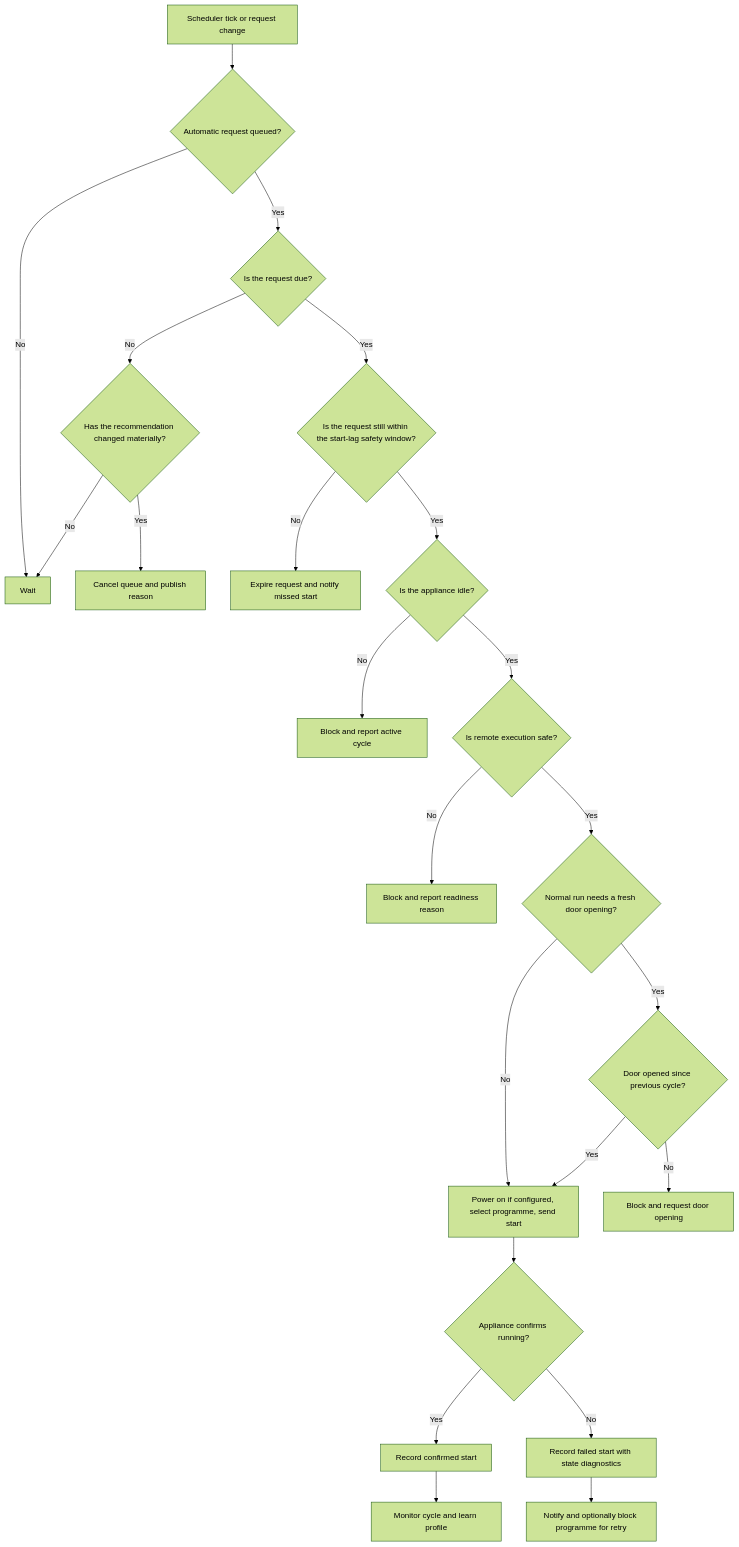
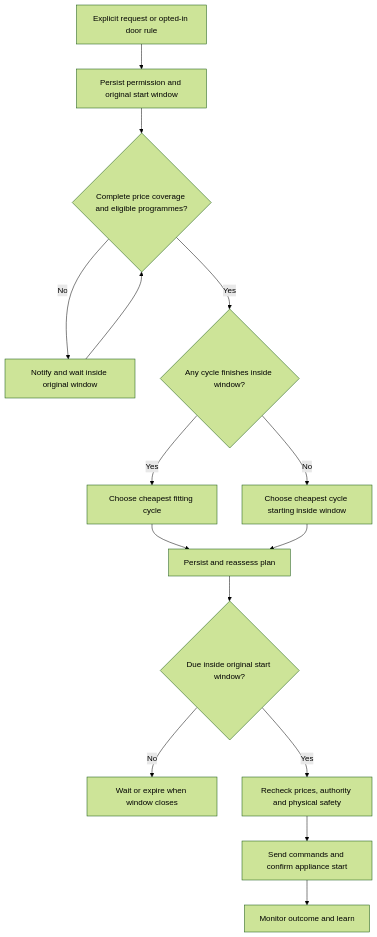
The second of 2 diagrams in docs/high-level-architecture.md (stevesherry123/load-optimizer-home-assistant), drawn with Mermaid (forest theme) before and after one commit. The commit also changed other lines of this file and 17 other files, not shown here.

Commit message:
Persist bounded overnight wash requests and add configurable window controls

```diff
--- a/docs/high-level-architecture.md
+++ b/docs/high-level-architecture.md
@@ -50,25 +52,17 @@
 ~~~mermaid
 flowchart TD
-  T[Scheduler tick or request change] --> Q{Automatic request queued?}
-  Q -- No --> W[Wait]
-  Q -- Yes --> D{Is the request due?}
-  D -- No --> V{Has the recommendation changed materially?}
-  V -- Yes --> C[Cancel queue and publish reason]
-  V -- No --> W
-  D -- Yes --> S{Is the request still within the start-lag safety window?}
-  S -- No --> X[Expire request and notify missed start]
-  S -- Yes --> I{Is the appliance idle?}
-  I -- No --> B[Block and report active cycle]
-  I -- Yes --> R{Is remote execution safe?}
-  R -- No --> B2[Block and report readiness reason]
-  R -- Yes --> G{Normal run needs a fresh door opening?}
-  G -- No --> P[Power on if configured, select programme, send start]
-  G -- Yes --> H{Door opened since previous cycle?}
-  H -- No --> B3[Block and request door opening]
-  H -- Yes --> P
-  P --> K{Appliance confirms running?}
-  K -- Yes --> Y[Record confirmed start]
-  K -- No --> N[Record failed start with state diagnostics]
-  Y --> L[Monitor cycle and learn profile]
-  N --> Z[Notify and optionally block programme for retry]
+  R[Explicit request or opted-in door rule] --> P[Persist permission and original start window]
+  P --> T{Complete price coverage and eligible programmes?}
+  T -- No --> N[Notify and wait inside original window]
+  N --> T
+  T -- Yes --> F{Any cycle finishes inside window?}
+  F -- Yes --> C[Choose cheapest fitting cycle]
+  F -- No --> L[Choose cheapest cycle starting inside window]
+  C --> Q[Persist and reassess plan]
+  L --> Q
+  Q --> D{Due inside original start window?}
+  D -- No --> W[Wait or expire when window closes]
+  D -- Yes --> S[Recheck prices, authority and physical safety]
+  S --> X[Send commands and confirm appliance start]
+  X --> M[Monitor outcome and learn]
 ~~~
```
